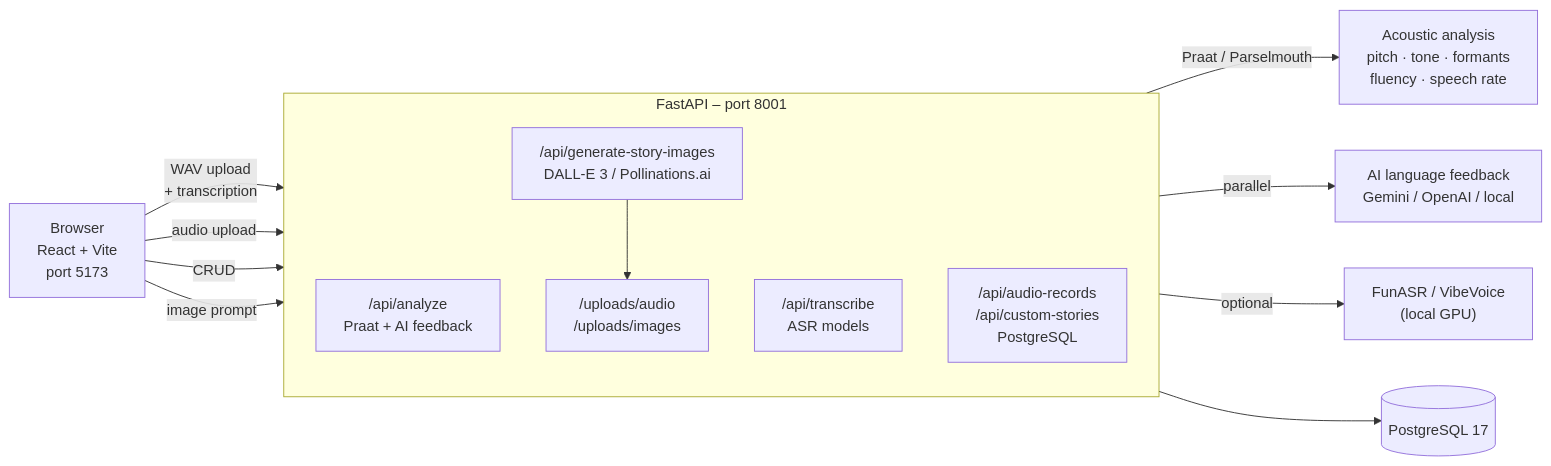
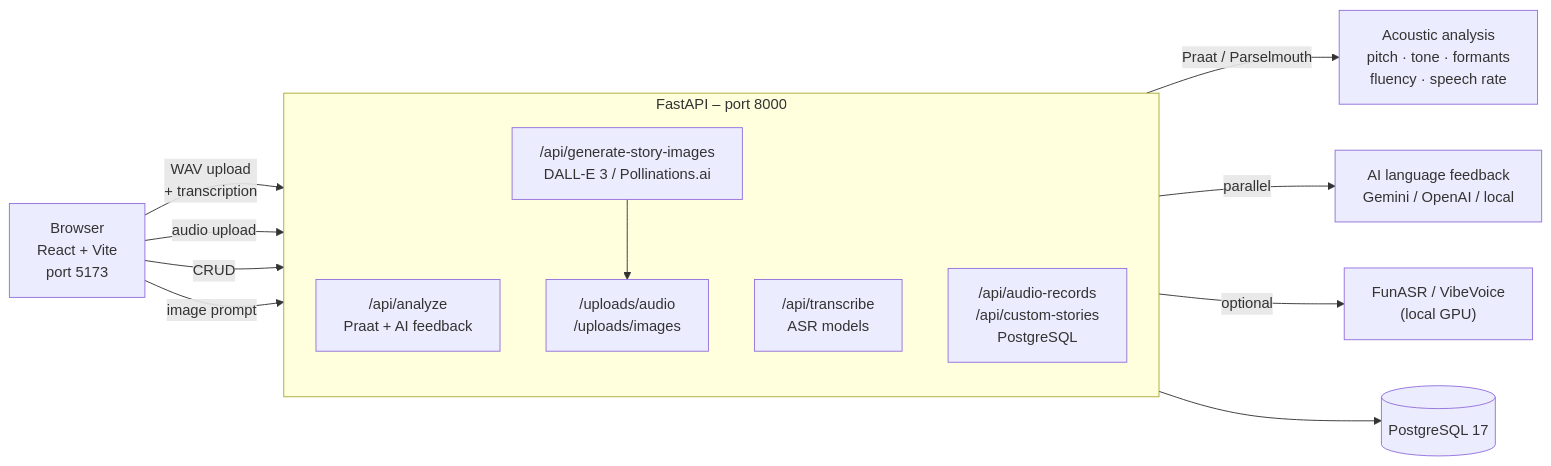
Before and after one commit to marktran0710/mandarin-speaking: the second of 3 diagrams in README.md, drawn with Mermaid. The commit also changed other lines of this file, not shown here.

````diff
--- a/README.md
+++ b/README.md
@@ -64,25 +64,25 @@
 ```mermaid
 flowchart LR
     Browser["Browser\nReact + Vite\nport 5173"]
 
-    subgraph Backend["FastAPI  –  port 8001"]
+    subgraph Backend["FastAPI  –  port 8000"]
         direction TB
         API["/api/analyze\nPraat + AI feedback"]
         ASR["/api/transcribe\nASR models"]
         DB["/api/audio-records\n/api/custom-stories\nPostgreSQL"]
         IMG["/api/generate-story-images\nDALL-E 3 / Pollinations.ai"]
         UPL["/uploads/audio\n/uploads/images"]
     end
 
     Browser -->|"WAV upload\n+ transcription"| API
     Browser -->|"audio upload"| ASR
     Browser -->|"CRUD"| DB
     Browser -->|"image prompt"| IMG
 
     API -->|"Praat / Parselmouth"| Praat["Acoustic analysis\npitch · tone · formants\nfluency · speech rate"]
     API -->|"parallel"| AIFeed["AI language feedback\nGemini / OpenAI / local"]
     IMG --> UPL
     ASR -->|"optional"| FunASR["FunASR / VibeVoice\n(local GPU)"]
 
     DB --> Postgres[(PostgreSQL 17)]
 ```
````
